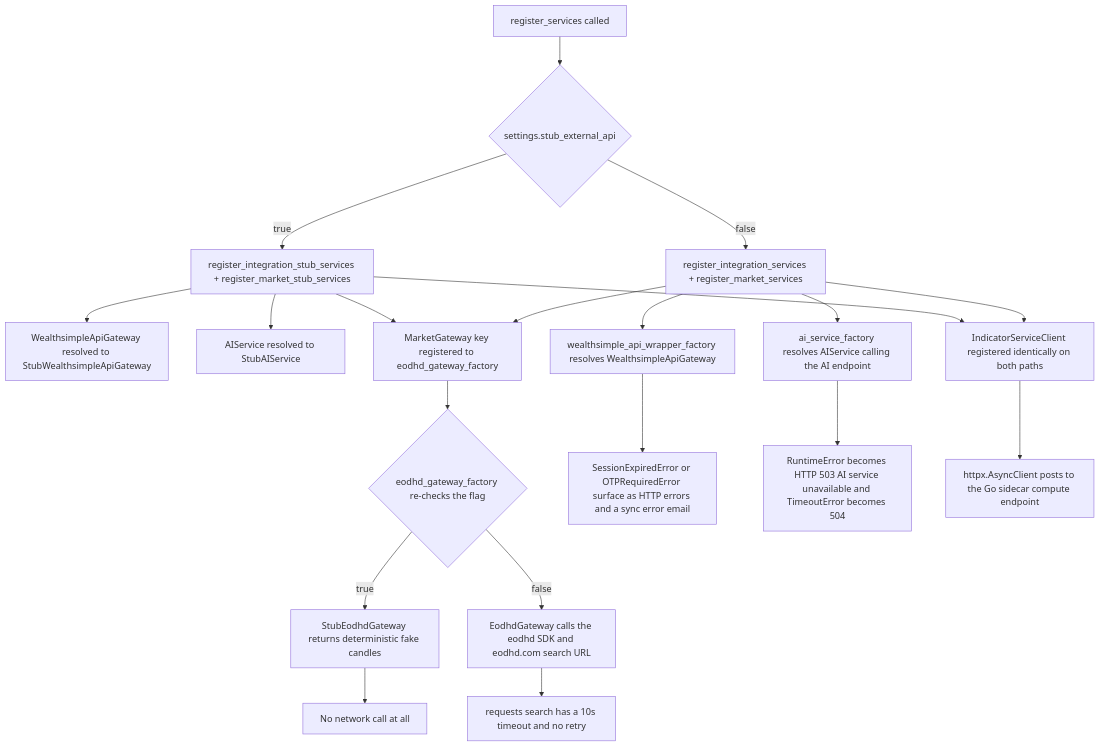
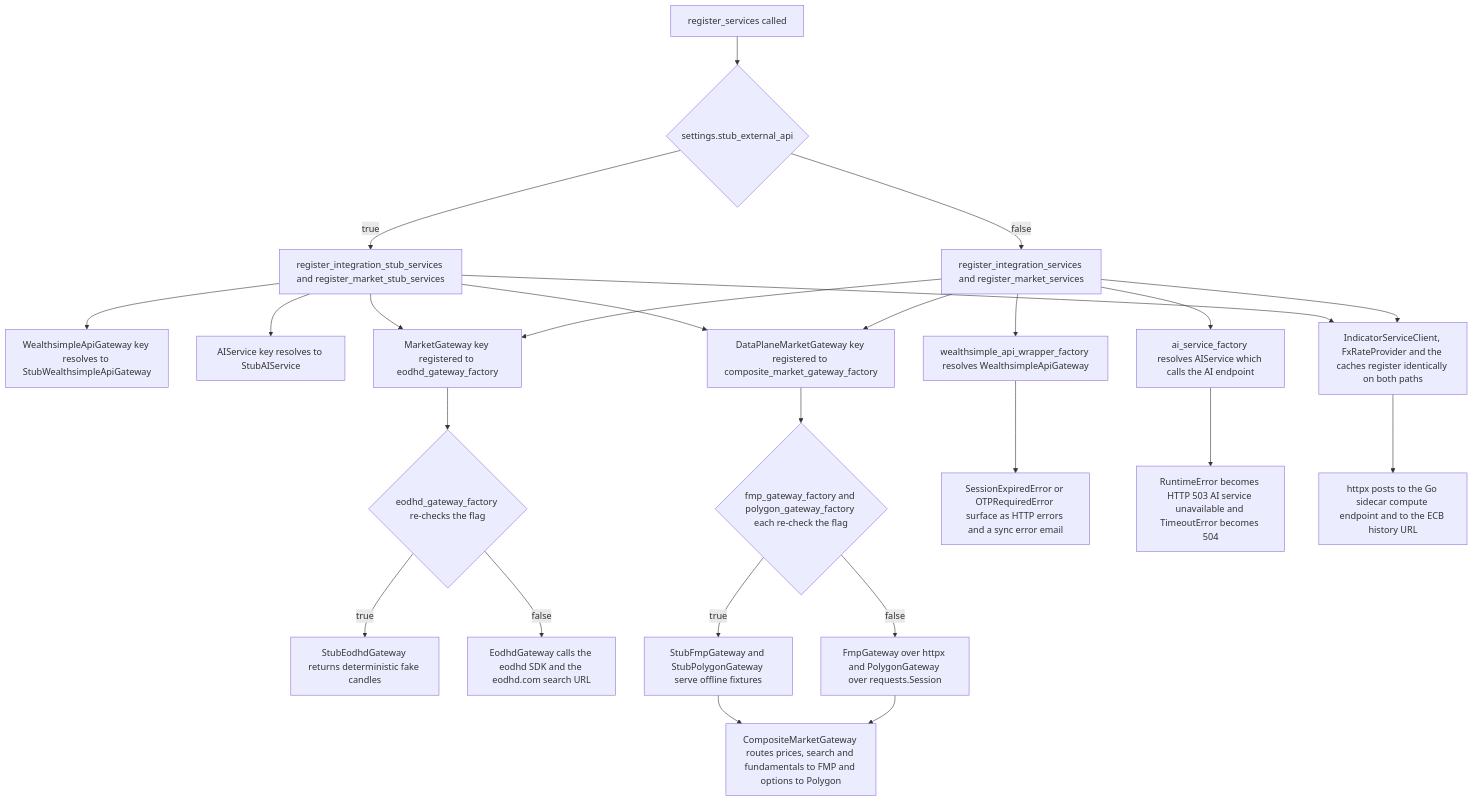
Before and after one commit to havekes/retail-portfolio: the diagram in openwiki/integrations/external-services.md, drawn with Mermaid. The commit also changed other lines of this file and 57 other files, not shown here.

````diff
--- a/openwiki/integrations/external-services.md
+++ b/openwiki/integrations/external-services.md
@@ -166,22 +217,27 @@
 ```mermaid
 flowchart TD
     A["register_services called"] --> B{"settings.stub_external_api"}
-    B -->|"true"| C["register_integration_stub_services + register_market_stub_services"]
-    B -->|"false"| D["register_integration_services + register_market_services"]
-    C --> E["WealthsimpleApiGateway resolved to StubWealthsimpleApiGateway"]
-    C --> F["AIService resolved to StubAIService"]
+    B -->|"true"| C["register_integration_stub_services and register_market_stub_services"]
+    B -->|"false"| D["register_integration_services and register_market_services"]
+    C --> E["WealthsimpleApiGateway key resolves to StubWealthsimpleApiGateway"]
+    C --> F["AIService key resolves to StubAIService"]
     D --> G["wealthsimple_api_wrapper_factory resolves WealthsimpleApiGateway"]
-    D --> H["ai_service_factory resolves AIService calling the AI endpoint"]
+    D --> H["ai_service_factory resolves AIService which calls the AI endpoint"]
     C --> I["MarketGateway key registered to eodhd_gateway_factory"]
     D --> I
-    I --> J{"eodhd_gateway_factory re-checks the flag"}
-    J -->|"true"| K["StubEodhdGateway returns deterministic fake candles"]
-    J -->|"false"| L["EodhdGateway calls the eodhd SDK and eodhd.com search URL"]
-    G --> M["SessionExpiredError or OTPRequiredError surface as HTTP errors and a sync error email"]
-    H --> N["RuntimeError becomes HTTP 503 AI service unavailable and TimeoutError becomes 504"]
-    L --> O["requests search has a 10s timeout and no retry"]
-    K --> P["No network call at all"]
-    C --> Q["IndicatorServiceClient registered identically on both paths"]
-    D --> Q
-    Q --> R["httpx.AsyncClient posts to the Go sidecar compute endpoint"]
+    C --> J["DataPlaneMarketGateway key registered to composite_market_gateway_factory"]
+    D --> J
+    I --> K{"eodhd_gateway_factory re-checks the flag"}
+    K -->|"true"| L["StubEodhdGateway returns deterministic fake candles"]
+    K -->|"false"| M["EodhdGateway calls the eodhd SDK and the eodhd.com search URL"]
+    J --> N{"fmp_gateway_factory and polygon_gateway_factory each re-check the flag"}
+    N -->|"true"| O["StubFmpGateway and StubPolygonGateway serve offline fixtures"]
+    N -->|"false"| P["FmpGateway over httpx and PolygonGateway over requests.Session"]
+    O --> Q["CompositeMarketGateway routes prices, search and fundamentals to FMP and options to Polygon"]
+    P --> Q
+    G --> R["SessionExpiredError or OTPRequiredError surface as HTTP errors and a sync error email"]
+    H --> S["RuntimeError becomes HTTP 503 AI service unavailable and TimeoutError becomes 504"]
+    C --> T["IndicatorServiceClient, FxRateProvider and the caches register identically on both paths"]
+    D --> T
+    T --> U["httpx posts to the Go sidecar compute endpoint and to the ECB history URL"]
 ```
````
